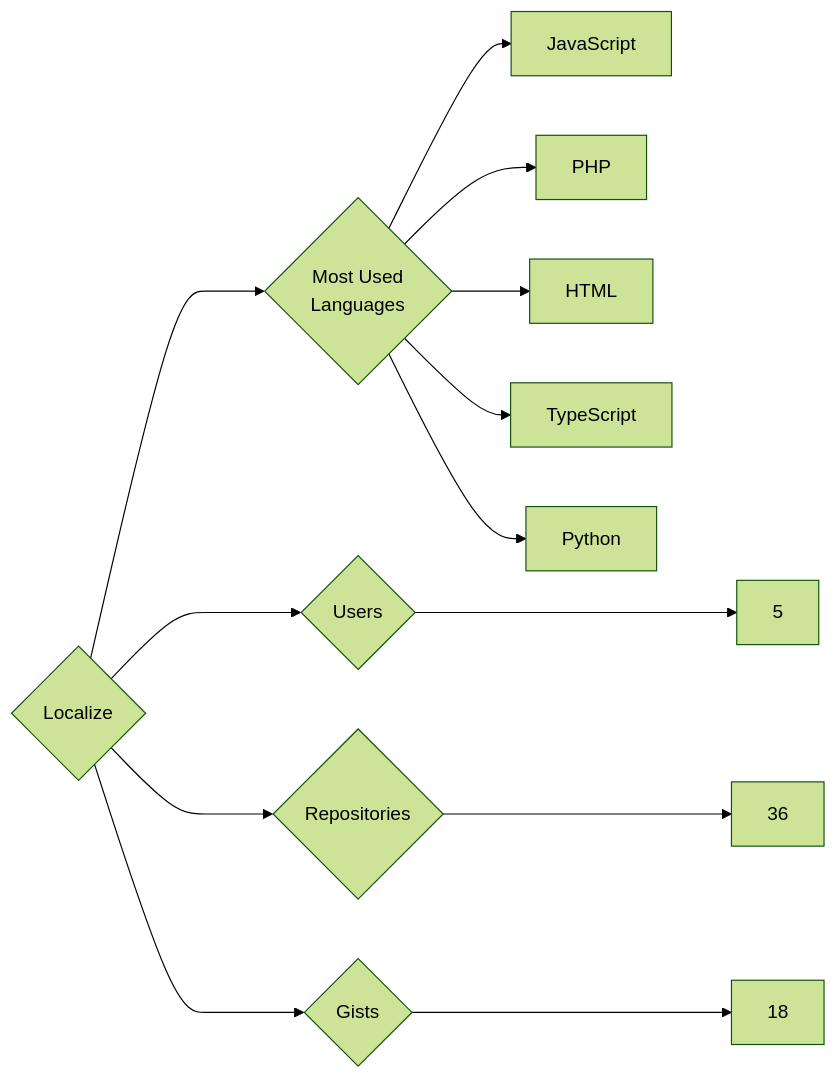
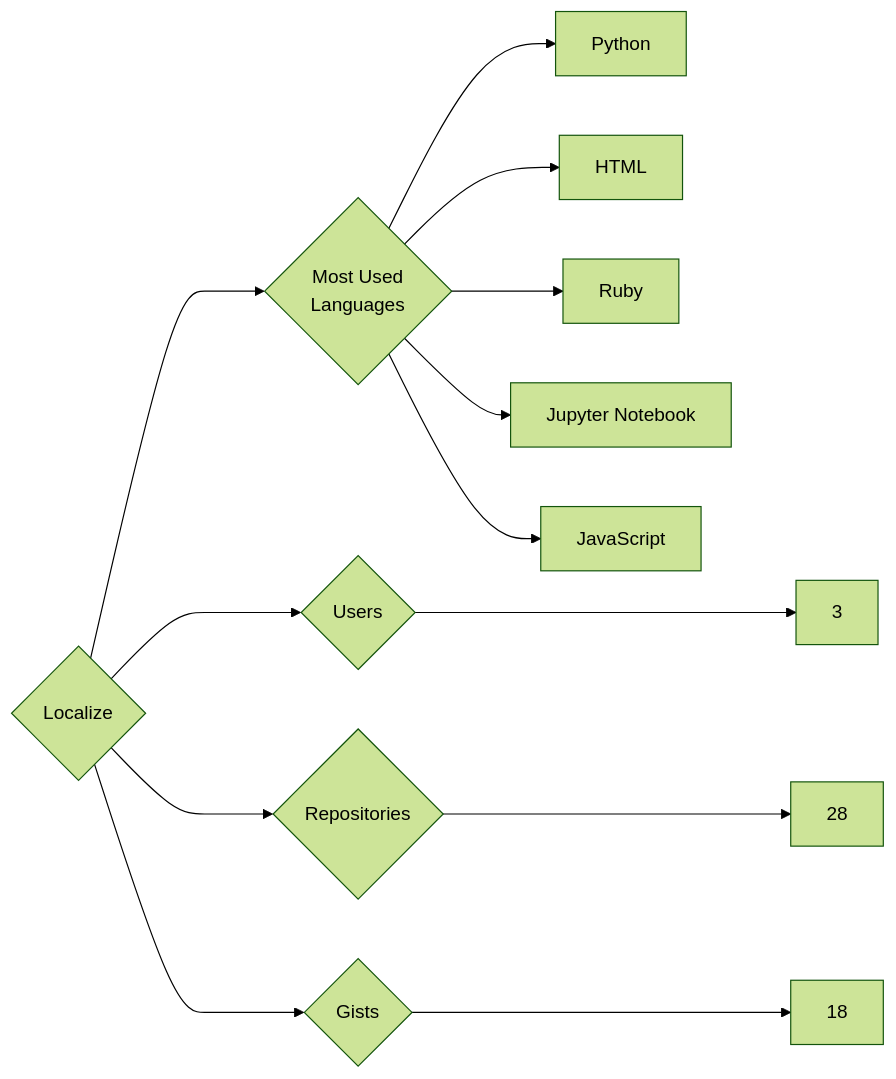
One commit to trickest/insiders changed the diagram in targets/Localize/README.md. Above: the diagram before and after it, drawn with Mermaid (forest theme). The commit also changed 797 other files, not shown here.

````diff
--- a/targets/Localize/README.md
+++ b/targets/Localize/README.md
@@ -3,13 +3,13 @@
 ```mermaid
 graph LR
 COMPANY_NAME{Localize}
-COMPANY_NAME ---> U{Users} ---> UN[5]
-COMPANY_NAME ---> R{Repositories} ---> RN[36]
+COMPANY_NAME ---> U{Users} ---> UN[3]
+COMPANY_NAME ---> R{Repositories} ---> RN[28]
 COMPANY_NAME ---> G{Gists} ---> GN[18]
 COMPANY_NAME ---> ML{Most Used<br>Languages}
+ML --> Python[Python]
+ML --> HTML[HTML]
+ML --> Ruby[Ruby]
+ML --> Jupyter_Notebook[Jupyter Notebook]
 ML --> JavaScript[JavaScript]
-ML --> PHP[PHP]
-ML --> HTML[HTML]
-ML --> TypeScript[TypeScript]
-ML --> Python[Python]
 ```
````
